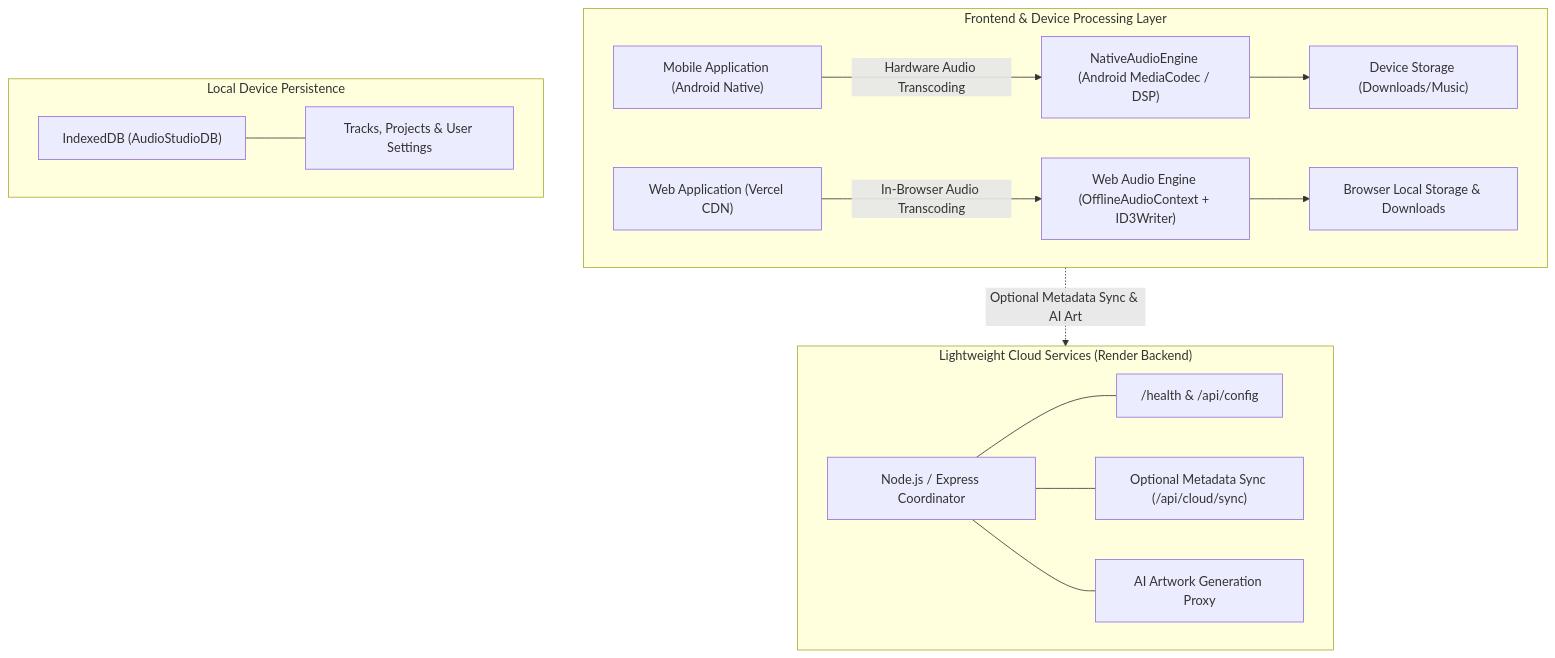
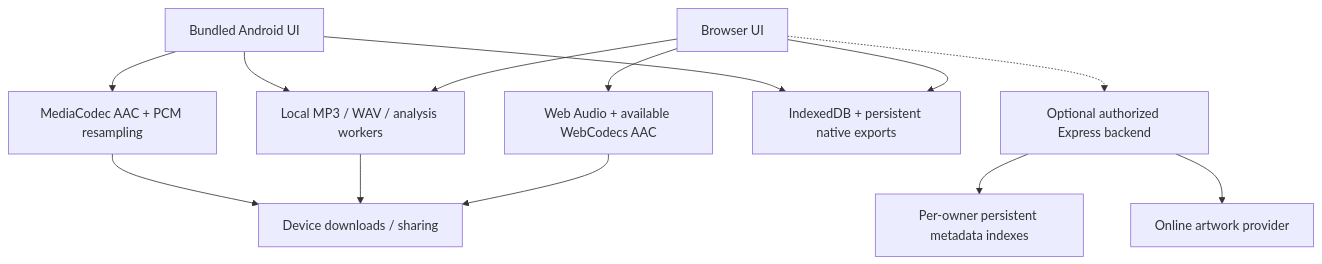
One commit to durveshk01/Audio-Studio changed the diagram in README.md. Above: the diagram before and after it, drawn with Mermaid. The commit also changed other lines of this file and 94 other files, not shown here.

Commit message:
fix: repair local audio workflows and Android release verification

````diff
--- a/README.md
+++ b/README.md
@@ -20,27 +66,15 @@
 ```mermaid
 flowchart TD
-    subgraph ClientLayer["Frontend & Device Processing Layer"]
-        A["Mobile Application (Android Native)"] -->|"Hardware Audio Transcoding"| B["NativeAudioEngine (Android MediaCodec / DSP)"]
-        C["Web Application (Vercel CDN)"] -->|"In-Browser Audio Transcoding"| D["Web Audio Engine (OfflineAudioContext + ID3Writer)"]
-        B --> E["Device Storage (Downloads/Music)"]
-        D --> F["Browser Local Storage & Downloads"]
-    end
-
-    subgraph StorageLayer["Local Device Persistence"]
-        G["IndexedDB (AudioStudioDB)"]
-        H["Tracks, Projects & User Settings"]
-        G --- H
-    end
-
-    subgraph CloudLayer["Lightweight Cloud Services (Render Backend)"]
-        I["Node.js / Express Coordinator"]
-        J["/health & /api/config"]
-        K["Optional Metadata Sync (/api/cloud/sync)"]
-        L["AI Artwork Generation Proxy"]
-        I --- J
-        I --- K
-        I --- L
-    end
-
-    ClientLayer -.->|"Optional Metadata Sync & AI Art"| CloudLayer
+    Android["Bundled Android UI"] --> Native["MediaCodec AAC + PCM resampling"]
+    Android --> Workers["Local MP3 / WAV / analysis workers"]
+    Web["Browser UI"] --> Workers
+    Web --> WebAudio["Web Audio + available WebCodecs AAC"]
+    Android --> Local["IndexedDB + persistent native exports"]
+    Web --> Local
+    Native --> Export["Device downloads / sharing"]
+    Workers --> Export
+    WebAudio --> Export
+    Web -.-> Optional["Optional authorized Express backend"]
+    Optional --> Index["Per-owner persistent metadata indexes"]
+    Optional --> Artwork["Online artwork provider"]
 ```
````
